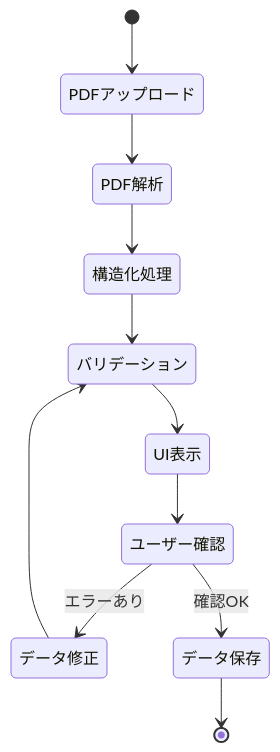
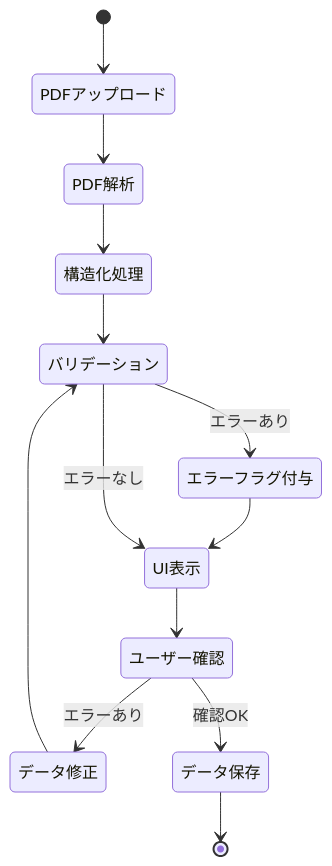
The sixth of 7 diagrams in CLINE.md (kimura00123/seikyusyo2), drawn with Mermaid before and after one commit. The commit also changed other lines of this file and 1 other file, not shown here.

````diff
--- a/CLINE.md
+++ b/CLINE.md
@@ -769,13 +777,15 @@
 ```mermaid
 stateDiagram-v2
     [*] --> PDFアップロード
     PDFアップロード --> PDF解析
     PDF解析 --> 構造化処理
     構造化処理 --> バリデーション
-    バリデーション --> UI表示
+    バリデーション --> エラーフラグ付与: エラーあり
+    エラーフラグ付与 --> UI表示
+    バリデーション --> UI表示: エラーなし
     UI表示 --> ユーザー確認
     ユーザー確認 --> データ修正: エラーあり
     データ修正 --> バリデーション
     ユーザー確認 --> データ保存: 確認OK
     データ保存 --> [*]
 ```
````
